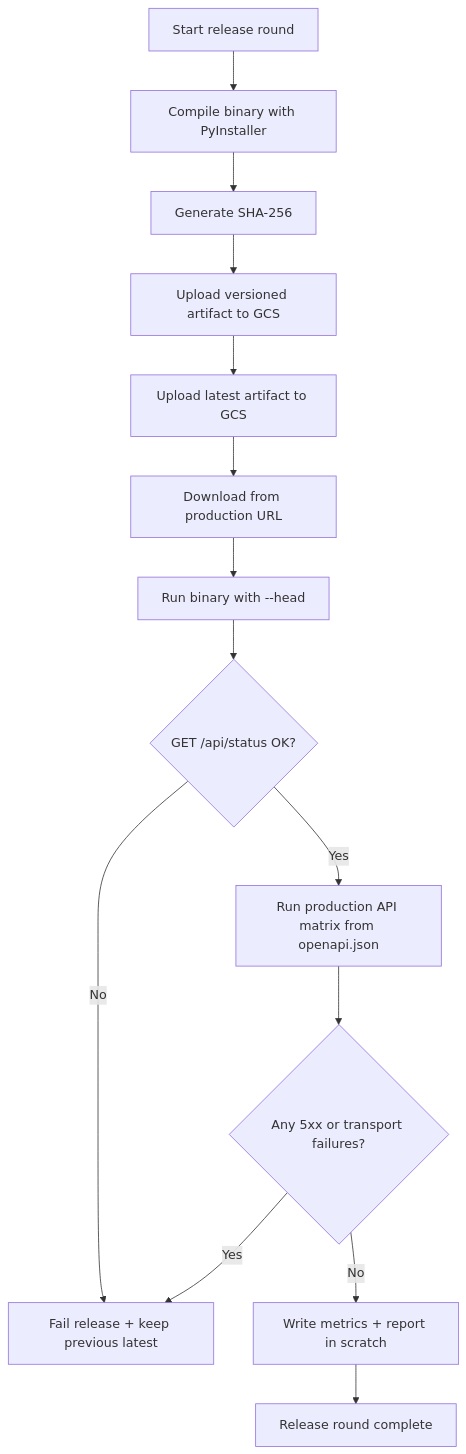
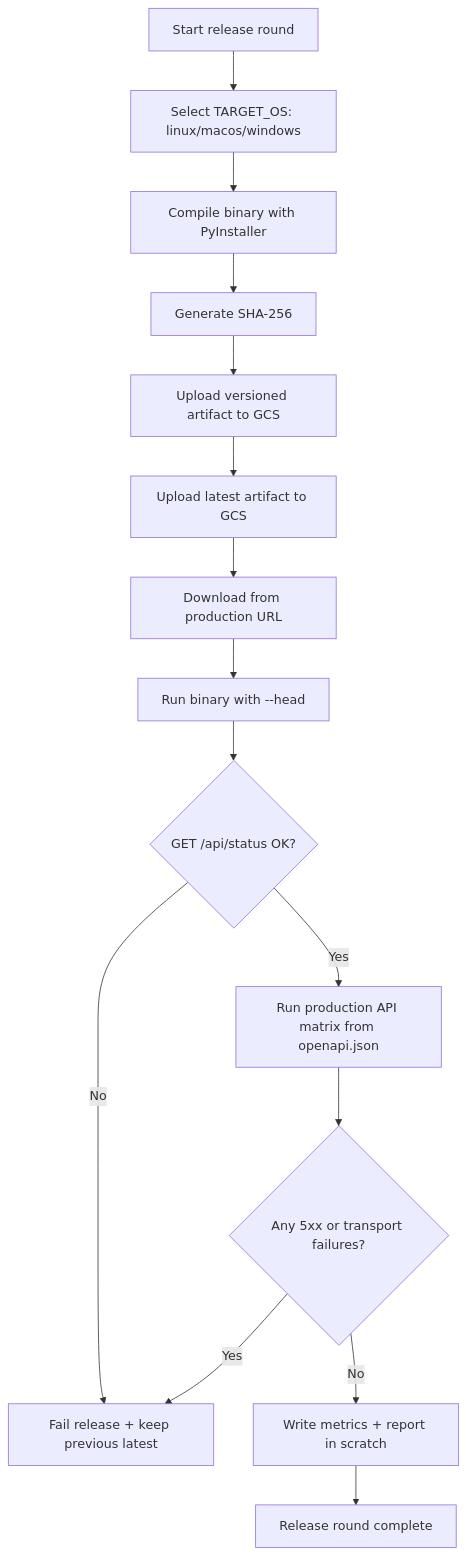
One commit to phuctruong/solace-browser changed the diagram in src/diagrams/19-browser-release-loop.md. Above: the diagram before and after it, drawn with Mermaid. The commit also changed other lines of this file and 4 other files, not shown here.

Commit message:
Add cross-platform release loop for Linux macOS Windows

````diff
--- a/src/diagrams/19-browser-release-loop.md
+++ b/src/diagrams/19-browser-release-loop.md
@@ -3,16 +3,17 @@
 ```mermaid
 flowchart TD
-    START[Start release round] --> BUILD[Compile binary with PyInstaller]
+    START[Start release round] --> TARGET[Select TARGET_OS: linux/macos/windows]
+    TARGET --> BUILD[Compile binary with PyInstaller]
     BUILD --> HASH[Generate SHA-256]
     HASH --> UP_V[Upload versioned artifact to GCS]
     UP_V --> UP_L[Upload latest artifact to GCS]
     UP_L --> DL[Download from production URL]
     DL --> SMOKE[Run binary with --head]
     SMOKE --> STATUS{GET /api/status OK?}
     STATUS -->|No| FAIL[Fail release + keep previous latest]
     STATUS -->|Yes| MATRIX[Run production API matrix from openapi.json]
     MATRIX --> API_OK{Any 5xx or transport failures?}
     API_OK -->|Yes| FAIL
     API_OK -->|No| REPORT[Write metrics + report in scratch]
     REPORT --> DONE[Release round complete]
 ```
````
